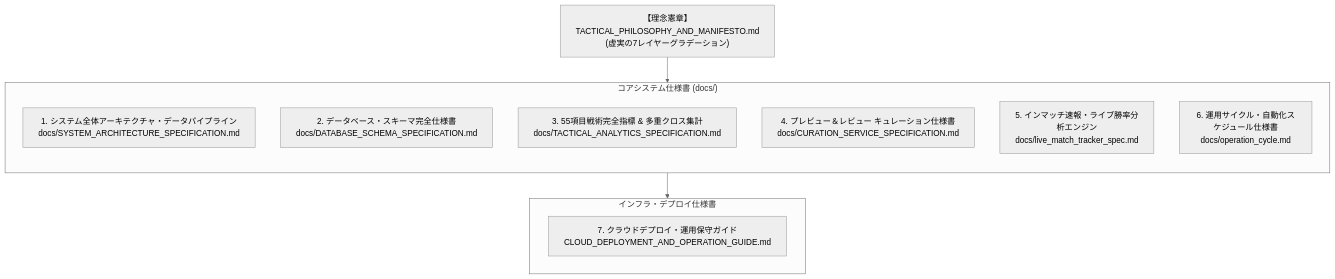
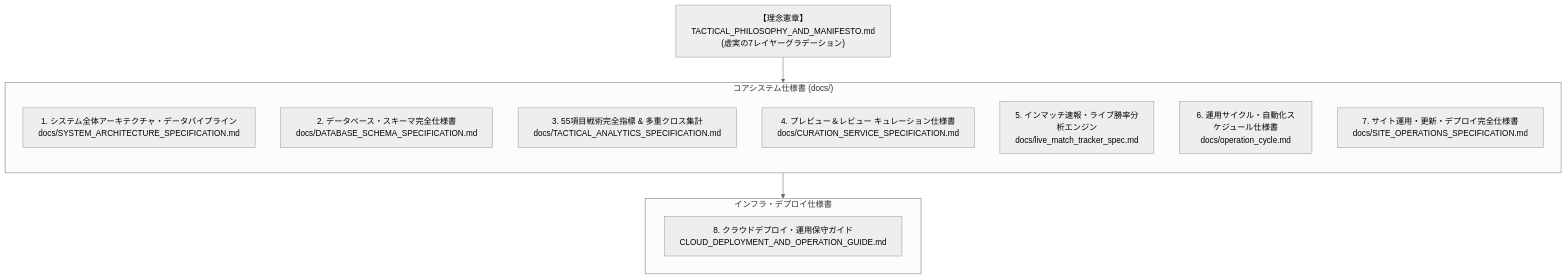
Before and after one commit to anurata/football_rag: the diagram in docs/README.md, drawn with Mermaid (neutral theme). The commit also changed other lines of this file and 15 other files, not shown here.

Commit message:
feat: update MW13 SAN vs FUK, dynamic profiler layer2, and site-operations spec docs

````diff
--- a/docs/README.md
+++ b/docs/README.md
@@ -9,21 +9,22 @@
 ```mermaid
 flowchart TD
     Manifesto["【理念憲章】<br>TACTICAL_PHILOSOPHY_AND_MANIFESTO.md<br>(虚実の7レイヤーグラデーション)"]
     
     subgraph CoreSpecs ["コアシステム仕様書 (docs/)"]
         direction TB
         S_ARCH["1. システム全体アーキテクチャ・データパイプライン<br>docs/SYSTEM_ARCHITECTURE_SPECIFICATION.md"]
         S_DB["2. データベース・スキーマ完全仕様書<br>docs/DATABASE_SCHEMA_SPECIFICATION.md"]
         S_TAC["3. 55項目戦術完全指標 & 多重クロス集計<br>docs/TACTICAL_ANALYTICS_SPECIFICATION.md"]
         S_CUR["4. プレビュー＆レビュー キュレーション仕様書<br>docs/CURATION_SERVICE_SPECIFICATION.md"]
         S_LIV["5. インマッチ速報・ライブ勝率分析エンジン<br>docs/live_match_tracker_spec.md"]
         S_OPS["6. 運用サイクル・自動化スケジュール仕様書<br>docs/operation_cycle.md"]
+        S_SOP["7. サイト運用・更新・デプロイ完全仕様書<br>docs/SITE_OPERATIONS_SPECIFICATION.md"]
     end
 
     subgraph DeploySpecs ["インフラ・デプロイ仕様書"]
-        S_CLD["7. クラウドデプロイ・運用保守ガイド<br>CLOUD_DEPLOYMENT_AND_OPERATION_GUIDE.md"]
+        S_CLD["8. クラウドデプロイ・運用保守ガイド<br>CLOUD_DEPLOYMENT_AND_OPERATION_GUIDE.md"]
     end
 
     Manifesto --> CoreSpecs
     CoreSpecs --> DeploySpecs
 ```
````
